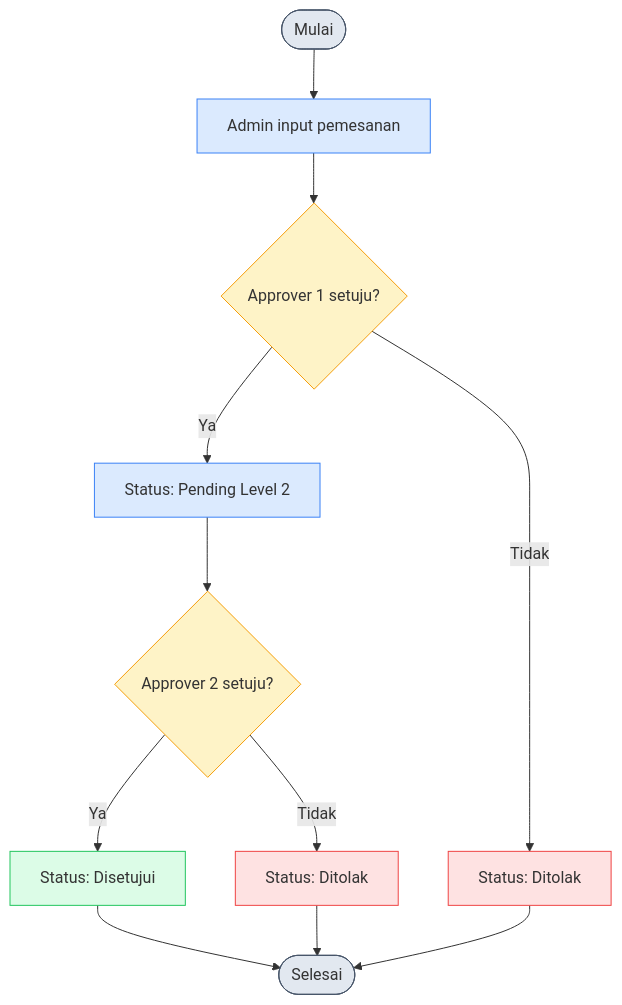
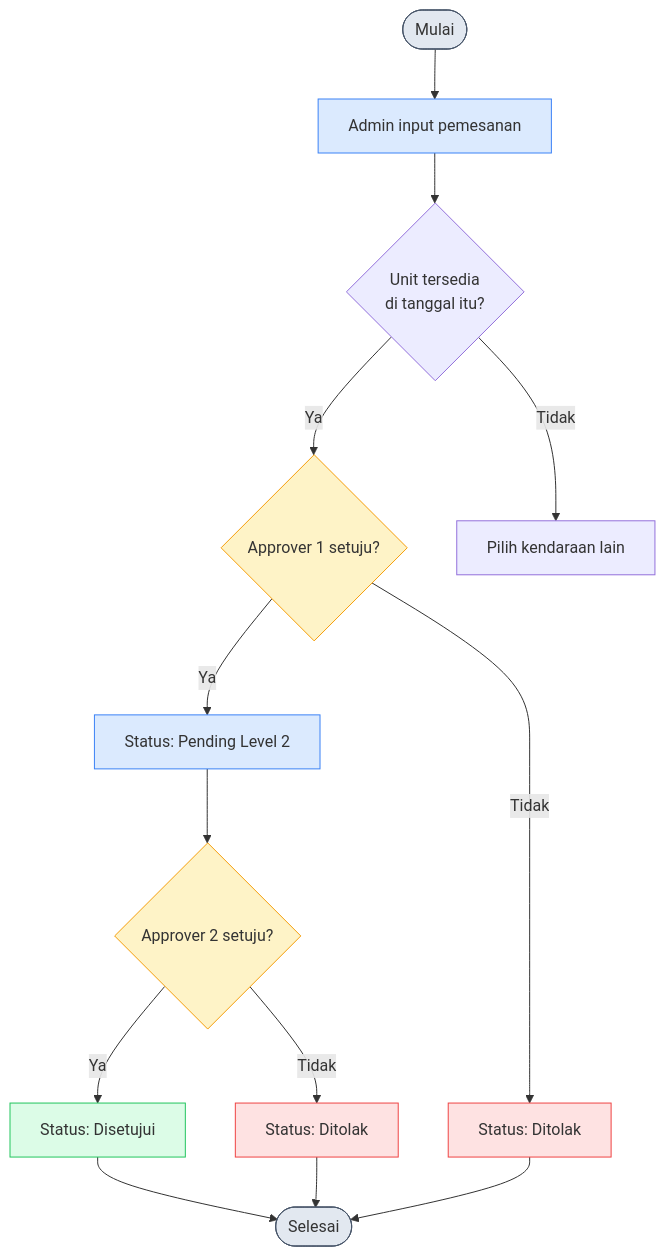
Before and after one commit to RayhanDitaAdam/teknikal-test: the first of 2 diagrams in docs/README.md, drawn with Mermaid. The commit also changed other lines of this file and 3 other files, not shown here.

Commit message:
update docs: jumlah unit, edit vehicle, ketersediaan kendaraan

````diff
--- a/docs/README.md
+++ b/docs/README.md
@@ -38,23 +38,25 @@
 ```mermaid
 flowchart TD
     A([Mulai]) --> B[Admin input pemesanan]
-    B --> C{Approver 1 setuju?}
+    B --> V{Unit tersedia\ndi tanggal itu?}
+    V -->|Ya| C{Approver 1 setuju?}
+    V -->|Tidak| X[Pilih kendaraan lain]
     C -->|Ya| D[Status: Pending Level 2]
     C -->|Tidak| E[Status: Ditolak]
     D --> F{Approver 2 setuju?}
     F -->|Ya| G[Status: Disetujui]
     F -->|Tidak| H[Status: Ditolak]
     G --> I([Selesai])
     E --> I
     H --> I
 
     style A fill:#e2e8f0,stroke:#475569
     style B fill:#dbeafe,stroke:#3b82f6
     style C fill:#fef3c7,stroke:#f59e0b
     style D fill:#dbeafe,stroke:#3b82f6
     style E fill:#fee2e2,stroke:#ef4444
     style F fill:#fef3c7,stroke:#f59e0b
     style G fill:#dcfce7,stroke:#22c55e
     style H fill:#fee2e2,stroke:#ef4444
     style I fill:#e2e8f0,stroke:#475569
 ```
````
